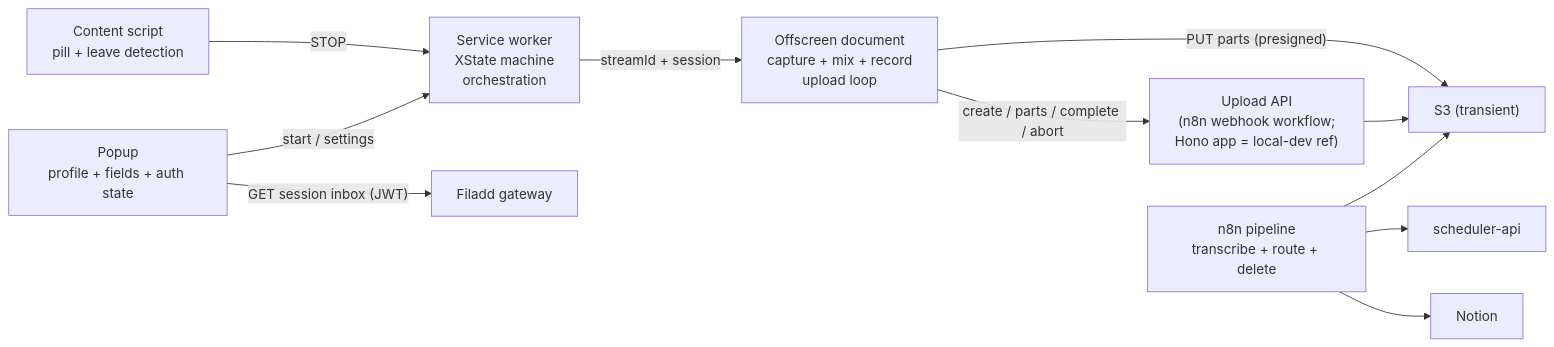
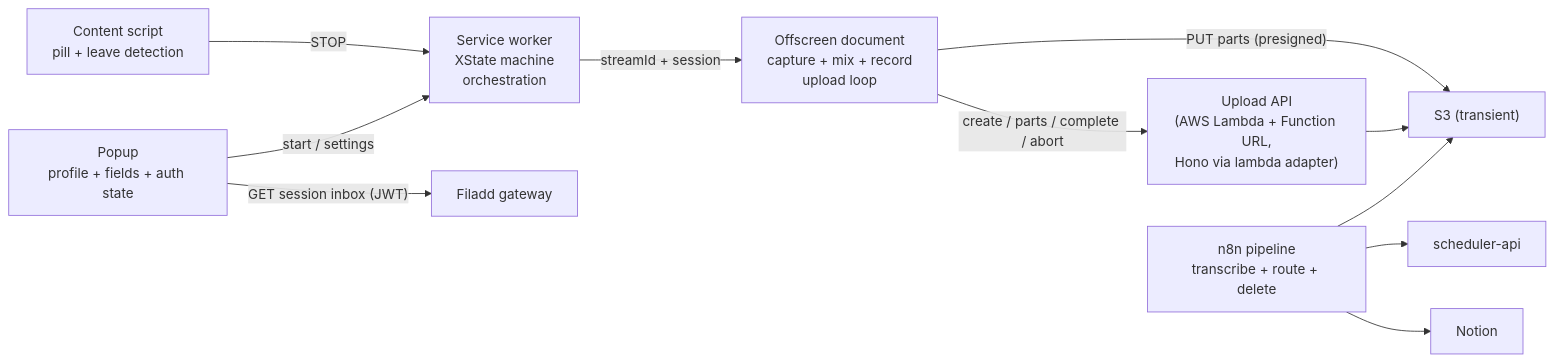
The first of 2 diagrams in spec.md (filadd/chrome-recorder), drawn with Mermaid before and after one commit. The commit also changed other lines of this file and 2 other files, not shown here.

First line of the commit message:
docs: AWS Lambda upload API and transient (non-staging) bucket wording

````diff
--- a/spec.md
+++ b/spec.md
@@ -42,13 +42,13 @@
 ```mermaid
 flowchart LR
     CS["Content script<br/>pill + leave detection"] -->|"STOP"| SW["Service worker<br/>XState machine<br/>orchestration"]
     P["Popup<br/>profile + fields + auth state"] -->|"start / settings"| SW
     P -->|"GET session inbox (JWT)"| GW["Filadd gateway"]
     SW -->|"streamId + session"| OFF["Offscreen document<br/>capture + mix + record<br/>upload loop"]
     OFF -->|"PUT parts (presigned)"| S3["S3 (transient)"]
-    OFF -->|"create / parts / complete / abort"| API["Upload API<br/>(n8n webhook workflow;<br/>Hono app = local-dev ref)"]
+    OFF -->|"create / parts / complete / abort"| API["Upload API<br/>(AWS Lambda + Function URL,<br/>Hono via lambda adapter)"]
     API --> S3
     N8N["n8n pipeline<br/>transcribe + route + delete"] --> S3
     N8N --> SCHED["scheduler-api"]
     N8N --> NOTION["Notion"]
 ```
````
